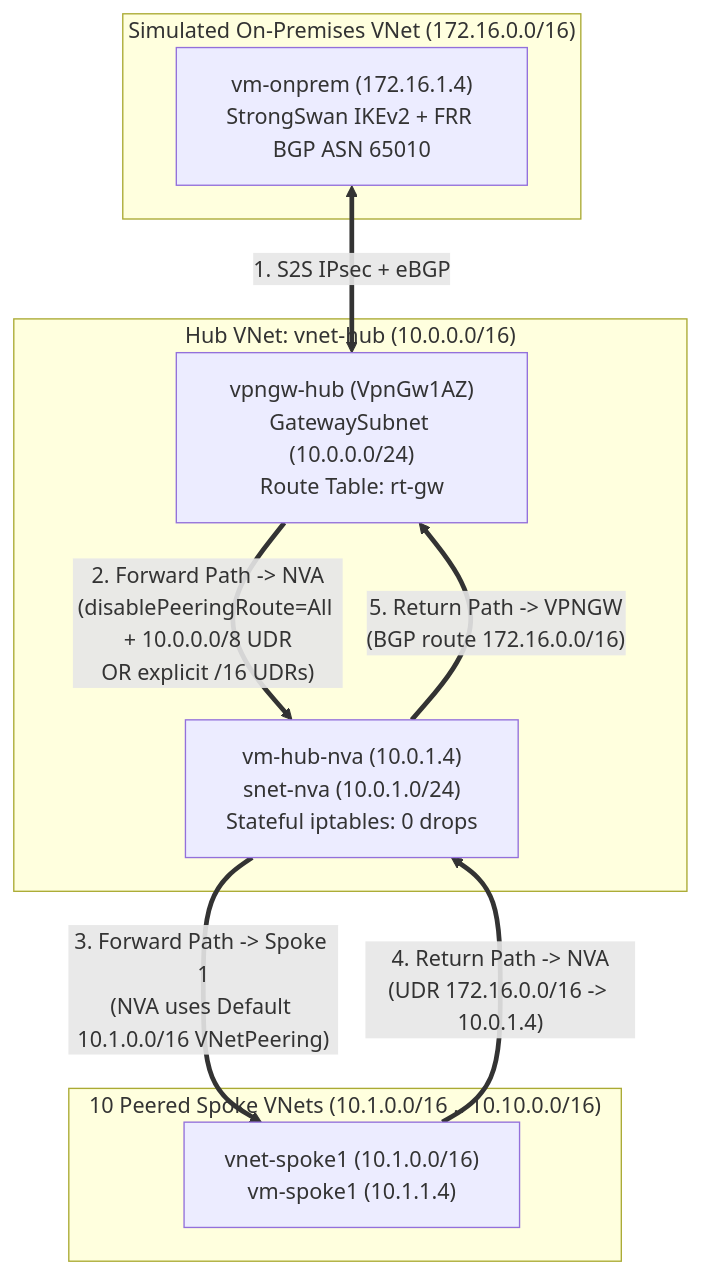
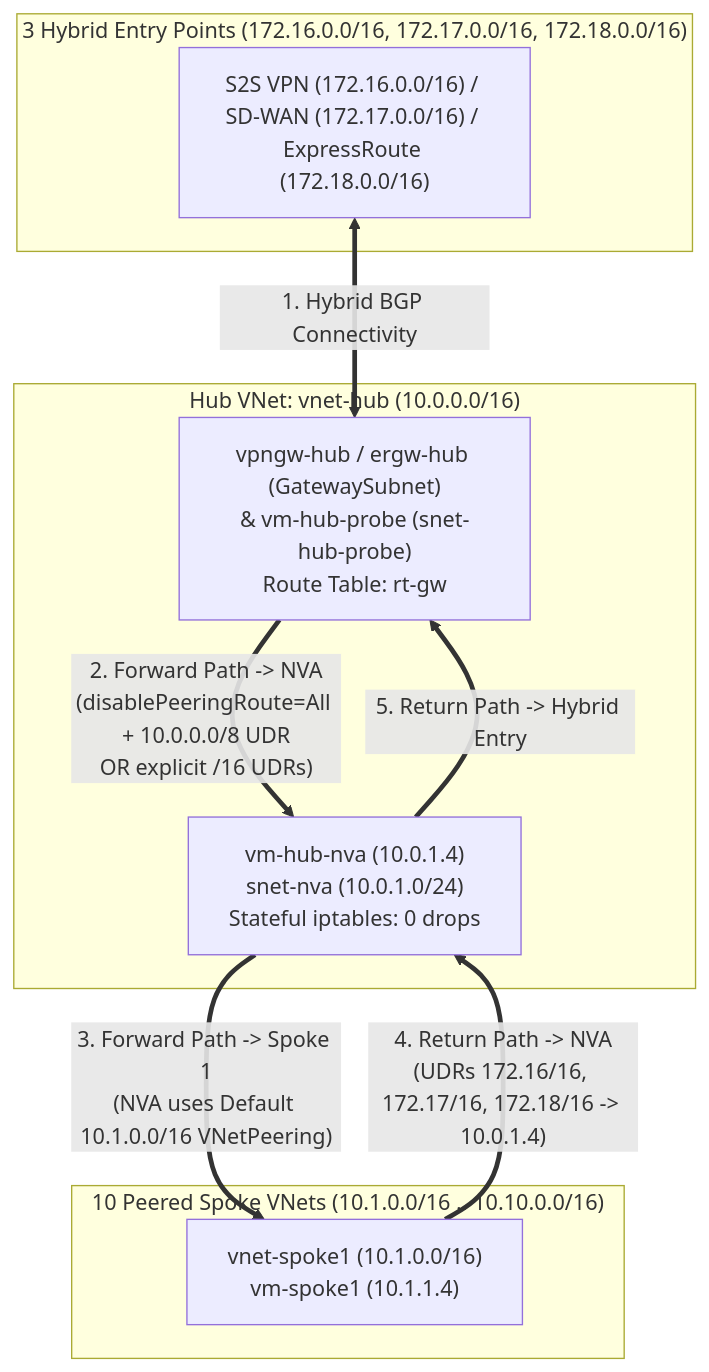
The second of 2 diagrams in labs/disable-peering-route-propagation/diagrams/topology.md (erjosito/net-lab-builder), drawn with Mermaid before and after one commit. The commit also changed other lines of this file and 16 other files, not shown here.

First line of the commit message:
feat(disable-peering-route-propagation): expand lab to 3 hybrid connections (S2S VPN, SD-WAN, ExpressRoute) and restore 10.0.0.0/8 summary UDR

````diff
--- a/labs/disable-peering-route-propagation/diagrams/topology.md
+++ b/labs/disable-peering-route-propagation/diagrams/topology.md
@@ -31,21 +48,21 @@
 ```mermaid
 flowchart TB
-    subgraph OnPrem["Simulated On-Premises VNet (172.16.0.0/16)"]
-        VMOnPrem["vm-onprem (172.16.1.4)<br/>StrongSwan IKEv2 + FRR BGP ASN 65010"]
+    subgraph OnPrem["3 Hybrid Entry Points (172.16.0.0/16, 172.17.0.0/16, 172.18.0.0/16)"]
+        VMOnPrem["S2S VPN (172.16.0.0/16) / SD-WAN (172.17.0.0/16) / ExpressRoute (172.18.0.0/16)"]
     end
 
     subgraph Hub["Hub VNet: vnet-hub (10.0.0.0/16)"]
-        VPNGW["vpngw-hub (VpnGw1AZ)<br/>GatewaySubnet (10.0.0.0/24)<br/>Route Table: rt-gw"]
+        Entry["vpngw-hub / ergw-hub (GatewaySubnet)<br/>& vm-hub-probe (snet-hub-probe)<br/>Route Table: rt-gw"]
         NVA["vm-hub-nva (10.0.1.4)<br/>snet-nva (10.0.1.0/24)<br/>Stateful iptables: 0 drops"]
     end
 
     subgraph Spokes["10 Peered Spoke VNets (10.1.0.0/16 .. 10.10.0.0/16)"]
         Spoke1["vnet-spoke1 (10.1.0.0/16)<br/>vm-spoke1 (10.1.1.4)"]
     end
 
-    VMOnPrem <==>|"1. S2S IPsec + eBGP"| VPNGW
-    VPNGW ==>|"2. Forward Path -> NVA<br/>(disablePeeringRoute=All + 10.0.0.0/8 UDR<br/>OR explicit /16 UDRs)"| NVA
+    VMOnPrem <==>|"1. Hybrid BGP Connectivity"| Entry
+    Entry ==>|"2. Forward Path -> NVA<br/>(disablePeeringRoute=All + 10.0.0.0/8 UDR<br/>OR explicit /16 UDRs)"| NVA
     NVA ==>|"3. Forward Path -> Spoke 1<br/>(NVA uses Default 10.1.0.0/16 VNetPeering)"| Spoke1
-    Spoke1 ==>|"4. Return Path -> NVA<br/>(UDR 172.16.0.0/16 -> 10.0.1.4)"| NVA
-    NVA ==>|"5. Return Path -> VPNGW<br/>(BGP route 172.16.0.0/16)"| VPNGW
+    Spoke1 ==>|"4. Return Path -> NVA<br/>(UDRs 172.16/16, 172.17/16, 172.18/16 -> 10.0.1.4)"| NVA
+    NVA ==>|"5. Return Path -> Hybrid Entry"| Entry
 ```
````
